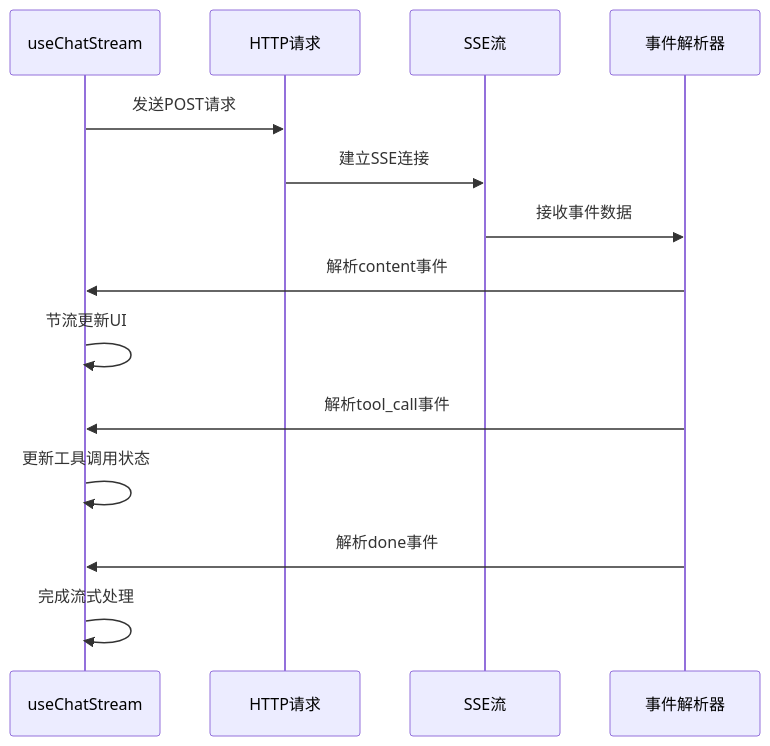
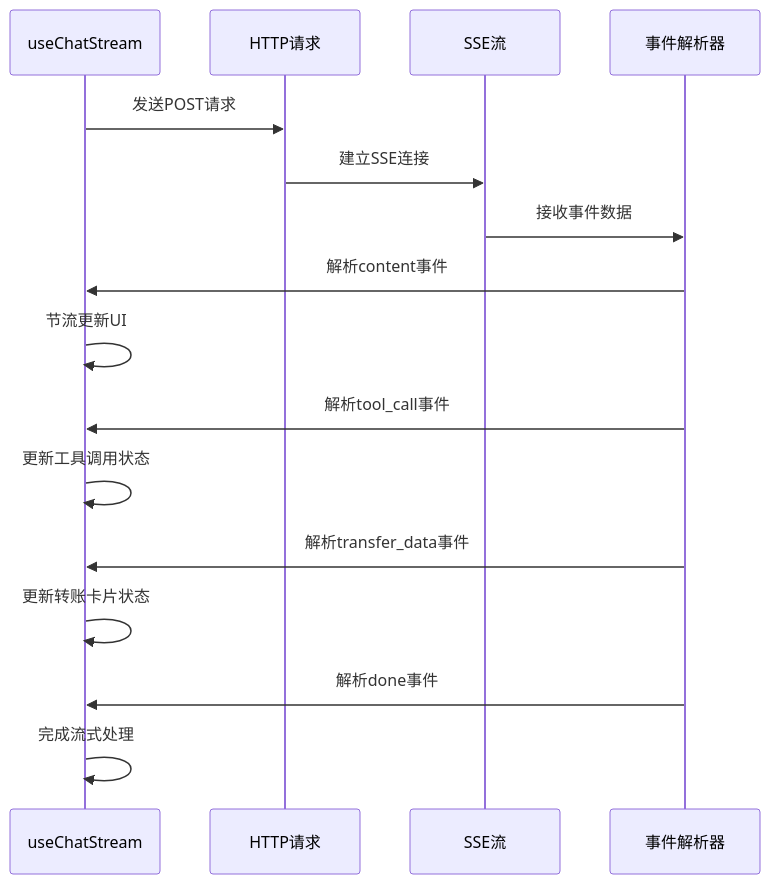
Before and after one commit to CryptoLinxu/Web3-AI-Agent: the fourth of 14 diagrams in .qoder/repowiki/zh/content/核心技能详解/对话持久化系统.md, drawn with Mermaid. The commit also changed other lines of this file and 7 other files, not shown here.

````diff
--- a/.qoder/repowiki/zh/content/核心技能详解/对话持久化系统.md
+++ b/.qoder/repowiki/zh/content/核心技能详解/对话持久化系统.md
@@ -222,16 +259,18 @@
 ```mermaid
 sequenceDiagram
 participant Hook as useChatStream
 participant Fetch as HTTP请求
 participant SSE as SSE流
 participant Parser as 事件解析器
 Hook->>Fetch : 发送POST请求
 Fetch->>SSE : 建立SSE连接
 SSE->>Parser : 接收事件数据
 Parser->>Hook : 解析content事件
 Hook->>Hook : 节流更新UI
 Parser->>Hook : 解析tool_call事件
 Hook->>Hook : 更新工具调用状态
+Parser->>Hook : 解析transfer_data事件
+Hook->>Hook : 更新转账卡片状态
 Parser->>Hook : 解析done事件
 Hook->>Hook : 完成流式处理
 ```
````
